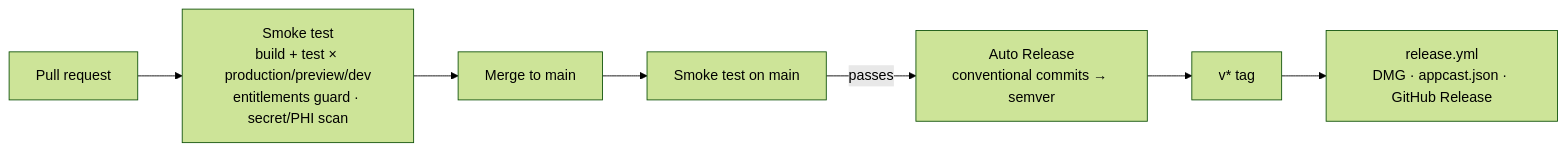
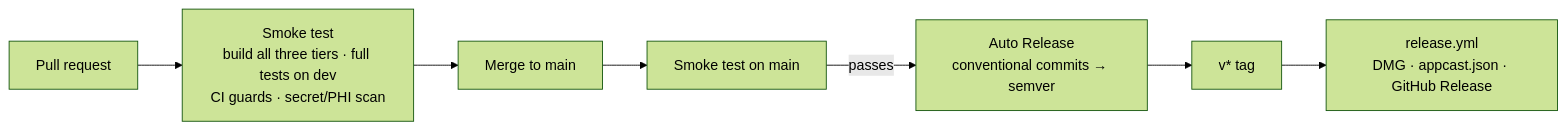
Before and after one commit to mgwedd/aletheia: the third of 3 diagrams in README.md, drawn with Mermaid (forest theme). The commit also changed other lines of this file and 1 other file, not shown here.

````diff
--- a/README.md
+++ b/README.md
@@ -223,8 +225,8 @@
 ```mermaid
 flowchart LR
-  PR["Pull request"] --> S["Smoke test<br/>build + test × production/preview/dev<br/>entitlements guard · secret/PHI scan"]
+  PR["Pull request"] --> S["Smoke test<br/>build all three tiers · full tests on dev<br/>CI guards · secret/PHI scan"]
   S --> M["Merge to main"]
   M --> S2["Smoke test on main"]
   S2 -- "passes" --> AR["Auto Release<br/>conventional commits → semver"]
   AR --> TAG["v* tag"] --> REL["release.yml<br/>DMG · appcast.json · GitHub Release"]
 ```
````
